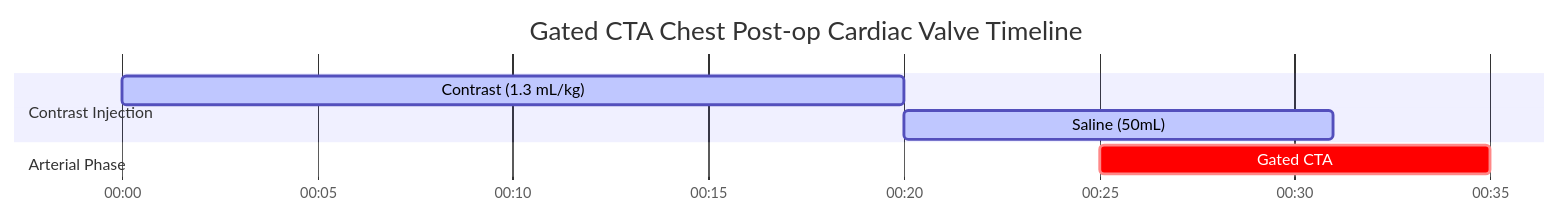
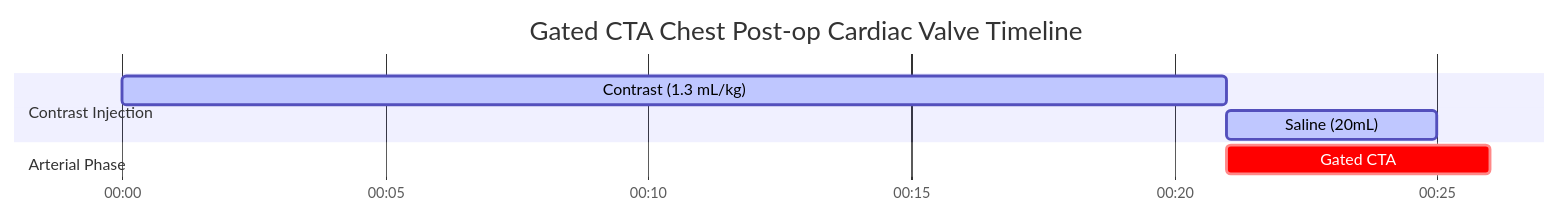
One commit to dfergs93/radiology-protocols changed the diagram in docs/ct/cardiac/gated-cta-chest-post-op-cardiac-valve.md. Above: the diagram before and after it, drawn with Mermaid. The commit also changed other lines of this file and 113 other files, not shown here.

````diff
--- a/docs/ct/cardiac/gated-cta-chest-post-op-cardiac-valve.md
+++ b/docs/ct/cardiac/gated-cta-chest-post-op-cardiac-valve.md
@@ -84,16 +84,16 @@
   ```mermaid
   ---
   config:
     theme: default
   ---
     gantt
       title Gated CTA Chest Post-op Cardiac Valve Timeline
       dateFormat mm:ss
       axisFormat %M:%S 
       
       section Contrast Injection
-      Contrast (1.3 mL/kg)    :active, contrast, 00:00, 20s
-      Saline (50mL)          :active, saline, after contrast, 11s
+      Contrast (1.3 mL/kg)    :active, contrast, 00:00, 21s
+      Saline (20mL)          :active, saline, after contrast, 4s
       section Arterial Phase
-      Gated CTA    :crit, scan1, 00:25, 10s
+      Gated CTA    :crit, scan1, after contrast, 5s
   ```
````
